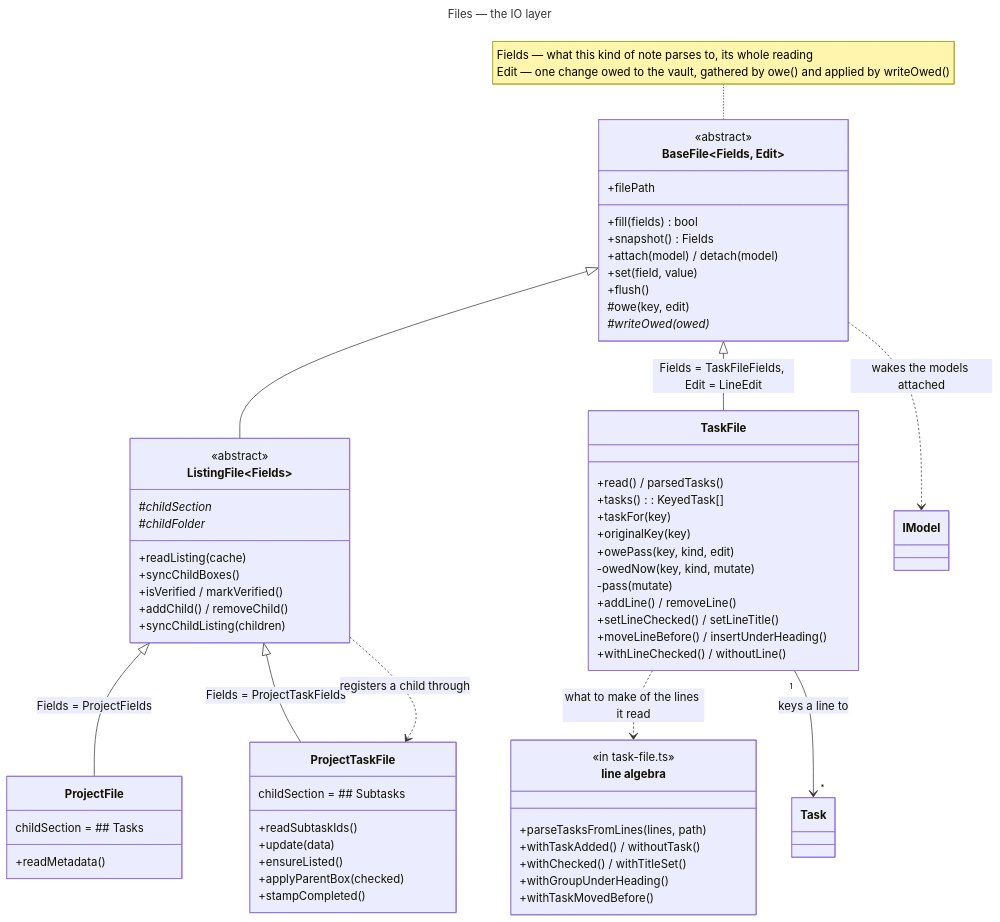
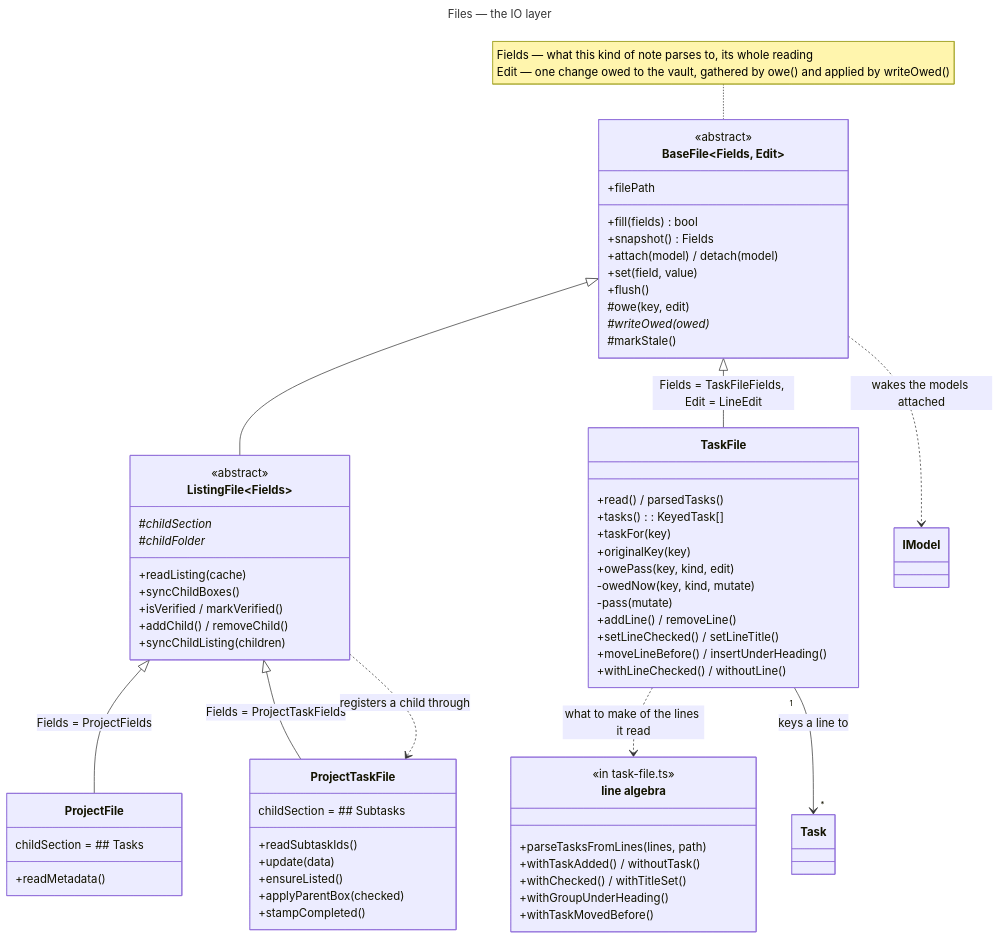
One commit to Laurent-Ferier/pm-compass changed the diagram in docs/technical/diagrams/files.mmd. Above: the diagram before and after it, drawn with Mermaid. The commit also changed 17 other files, not shown here.

```diff
--- a/docs/technical/diagrams/files.mmd
+++ b/docs/technical/diagrams/files.mmd
@@ -1,77 +1,78 @@
 ---
 title: Files — the IO layer
 ---
 classDiagram
   direction TB
 
   class BaseFile~Fields, Edit~ {
     <<abstract>>
     +filePath
     +fill(fields) bool
     +snapshot() Fields
     +attach(model) / detach(model)
     +set(field, value)
     +flush()
     #owe(key, edit)
     #writeOwed(owed)*
+    #markStale()
   }
 
   class ListingFile~Fields~ {
     <<abstract>>
     +readListing(cache)
     +syncChildBoxes()
     +isVerified / markVerified()
     +addChild() / removeChild()
     +syncChildListing(children)
     #childSection*
     #childFolder*
   }
 
   class ProjectFile {
     +readMetadata()
     childSection = ## Tasks
   }
 
   class ProjectTaskFile {
     +readSubtaskIds()
     +update(data)
     +ensureListed()
     +applyParentBox(checked)
     +stampCompleted()
     childSection = ## Subtasks
   }
 
   class TaskFile {
     +read() / parsedTasks()
     +tasks(): KeyedTask[]
     +taskFor(key)
     +originalKey(key)
     +owePass(key, kind, edit)
     -owedNow(key, kind, mutate)
     -pass(mutate)
     +addLine() / removeLine()
     +setLineChecked() / setLineTitle()
     +moveLineBefore() / insertUnderHeading()
     +withLineChecked() / withoutLine()
   }
 
   class lineAlgebra["line algebra"] {
     <<in task-file.ts>>
     +parseTasksFromLines(lines, path)
     +withTaskAdded() / withoutTask()
     +withChecked() / withTitleSet()
     +withGroupUnderHeading()
     +withTaskMovedBefore()
   }
 
   note for BaseFile "Fields — what this kind of note parses to, its whole reading<br/>Edit — one change owed to the vault, gathered by owe() and applied by writeOwed()"
 
   BaseFile <|-- ListingFile
   BaseFile <|-- TaskFile : Fields = TaskFileFields, Edit = LineEdit
   ListingFile <|-- ProjectFile : Fields = ProjectFields
   ListingFile <|-- ProjectTaskFile : Fields = ProjectTaskFields
 
   BaseFile ..> IModel : wakes the models attached
   ListingFile ..> ProjectTaskFile : registers a child through
   TaskFile ..> lineAlgebra : what to make of the lines it read
   TaskFile "1" --> "*" Task : keys a line to
```
